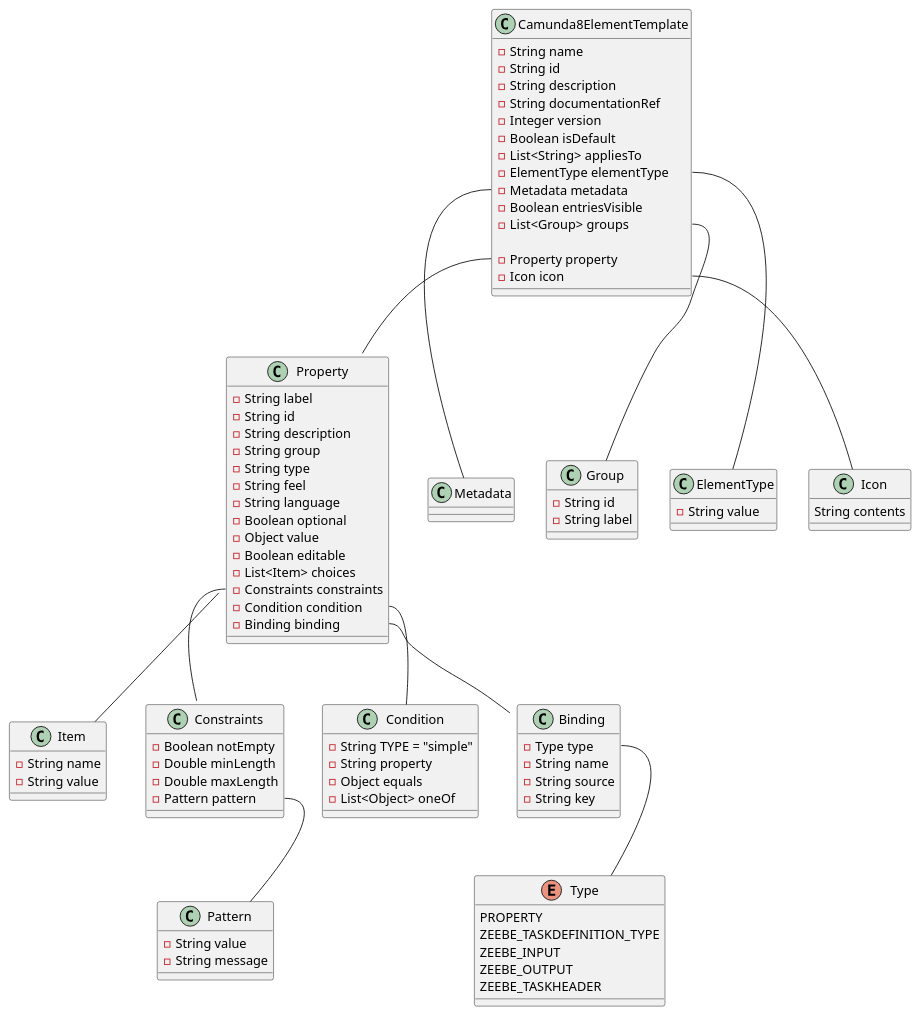
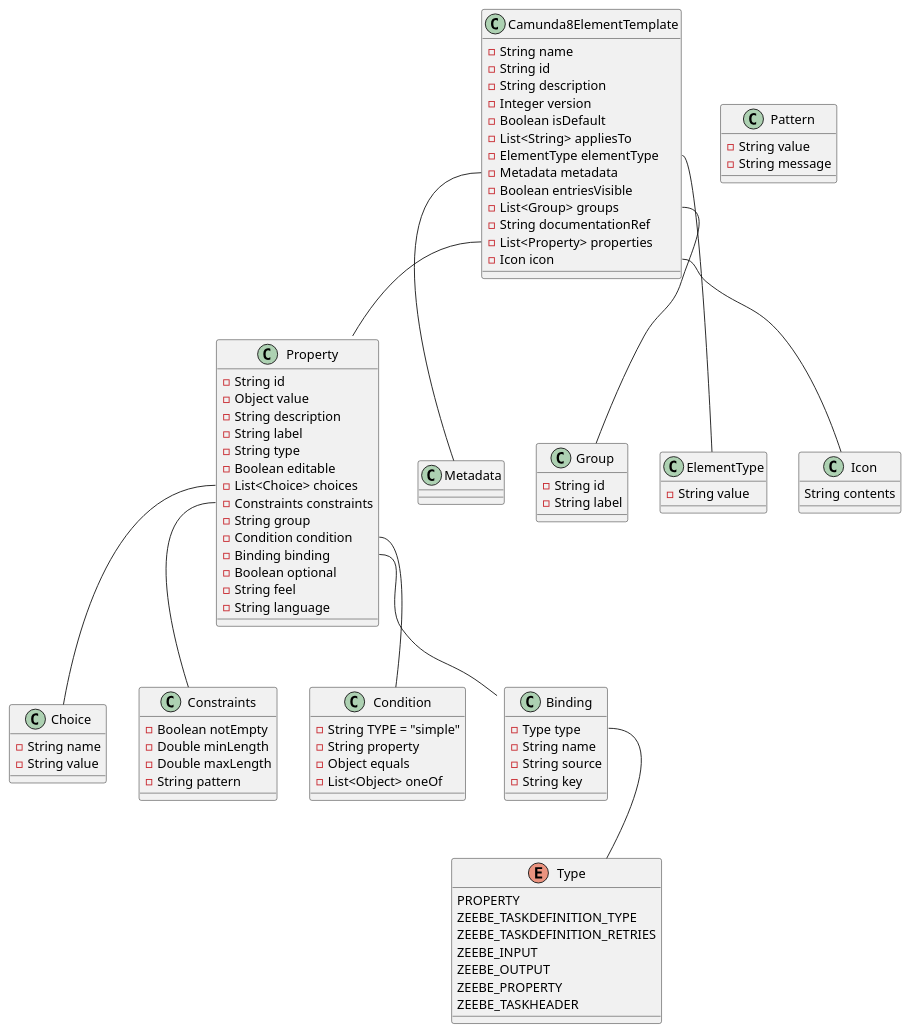
One commit to Miragon/miranum changed the diagram in connect/connect-c8/element-template-c8/docs/Camunda8ElementTemplates.puml. Above: the diagram before and after it, drawn with PlantUML. The commit also changed 11 other files, not shown here.

```diff
--- a/connect/connect-c8/element-template-c8/docs/Camunda8ElementTemplates.puml
+++ b/connect/connect-c8/element-template-c8/docs/Camunda8ElementTemplates.puml
@@ -1,123 +1,125 @@
 @startuml
 class Camunda8ElementTemplate {
 
     - String name
     - String id
     - String description
-    - String documentationRef
     - Integer version
     - Boolean isDefault
     - List<String> appliesTo
     - ElementType elementType
     - Metadata metadata
     - Boolean entriesVisible
     - List<Group> groups
+    - String documentationRef
+    - List<Property> properties
+    - Icon icon
 
-    - Property property
-    - Icon icon
-    
 }
-Camunda8ElementTemplate::property -- Property
+Camunda8ElementTemplate::properties -- Property
 Camunda8ElementTemplate::metadata -- Metadata
 Camunda8ElementTemplate::group -- Group
 Camunda8ElementTemplate::elementType -- ElementType
 Camunda8ElementTemplate::icon -- Icon
 
 class Metadata {}
 
 class Group {
 
     - String id
     - String label
 
 }
 
 class ElementType {
 
     - String value
 
 }
 
 class Icon {
 
     String contents
 
 }
 
 class Property {
 
+    - String id
+    - Object value
+    - String description
     - String label
-    - String id
-    - String description
+    - String type
+    - Boolean editable
+    - List<Choice> choices
+    - Constraints constraints
     - String group
-    - String type
+    - Condition condition
+    - Binding binding
+    - Boolean optional
     - String feel
     - String language
-    - Boolean optional
-    - Object value
-    - Boolean editable
-    - List<Item> choices
-    - Constraints constraints
-    - Condition condition
-    - Binding binding
 
 }
-Property::item -- Item
+Property::choices -- Choice
 Property::constraints -- Constraints
 Property::condition -- Condition
 Property::binding -- Binding
 
-class Item {
+class Choice {
 
     - String name
     - String value
 
 }
 
 class Condition {
 
     - String TYPE = "simple"
     - String property
     - Object equals
     - List<Object> oneOf
 
 }
 
-class Constraints {
+together {
+    class Constraints {
 
-    - Boolean notEmpty
-    - Double minLength
-    - Double maxLength
-    - Pattern pattern
+        - Boolean notEmpty
+        - Double minLength
+        - Double maxLength
+        - String pattern
 
-}
-Constraints::pattern -- Pattern
+    }
 
-class Pattern {
+    class Pattern {
 
-    - String value
-    - String message
+        - String value
+        - String message
 
+    }
 }
 
 class Binding {
 
     - Type type
     - String name
     - String source
     - String key
 
 }
 Binding::type -- Type
 
 enum Type {
 
     PROPERTY
     ZEEBE_TASKDEFINITION_TYPE
+    ZEEBE_TASKDEFINITION_RETRIES
     ZEEBE_INPUT
     ZEEBE_OUTPUT
+    ZEEBE_PROPERTY
     ZEEBE_TASKHEADER
 
 }
 
 @enduml
```
